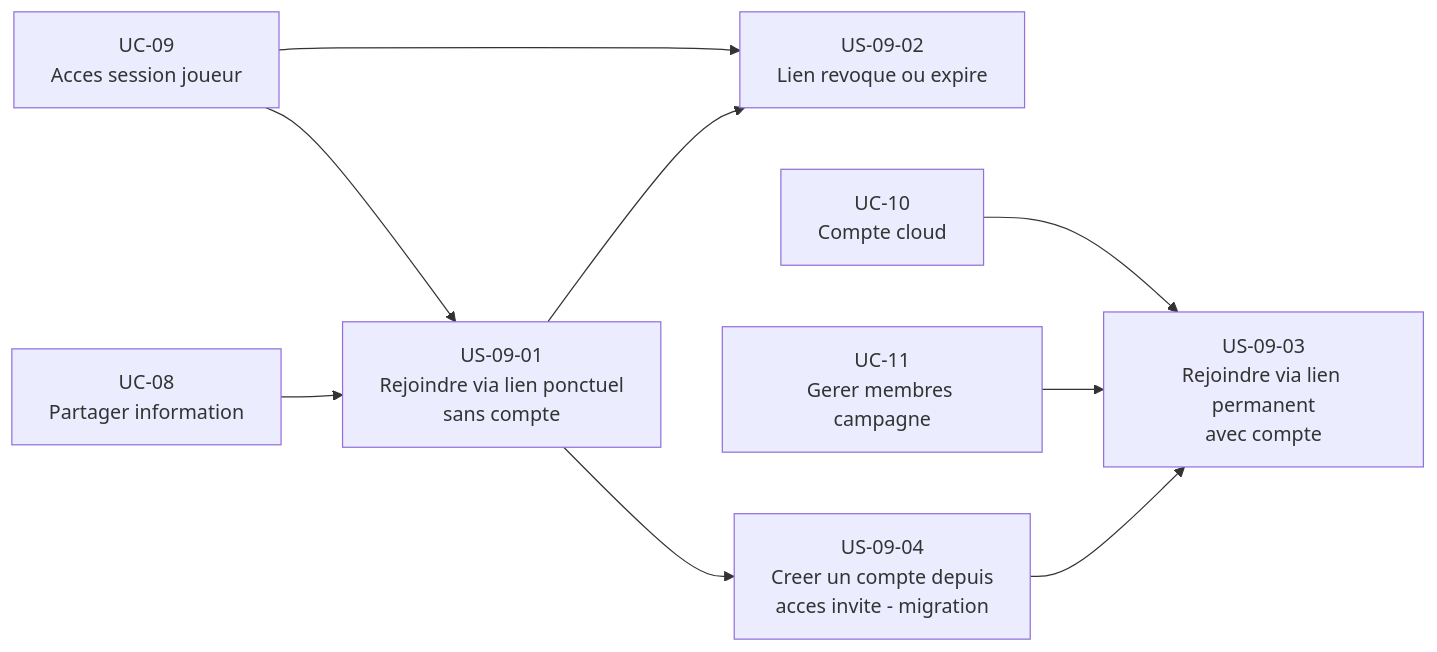
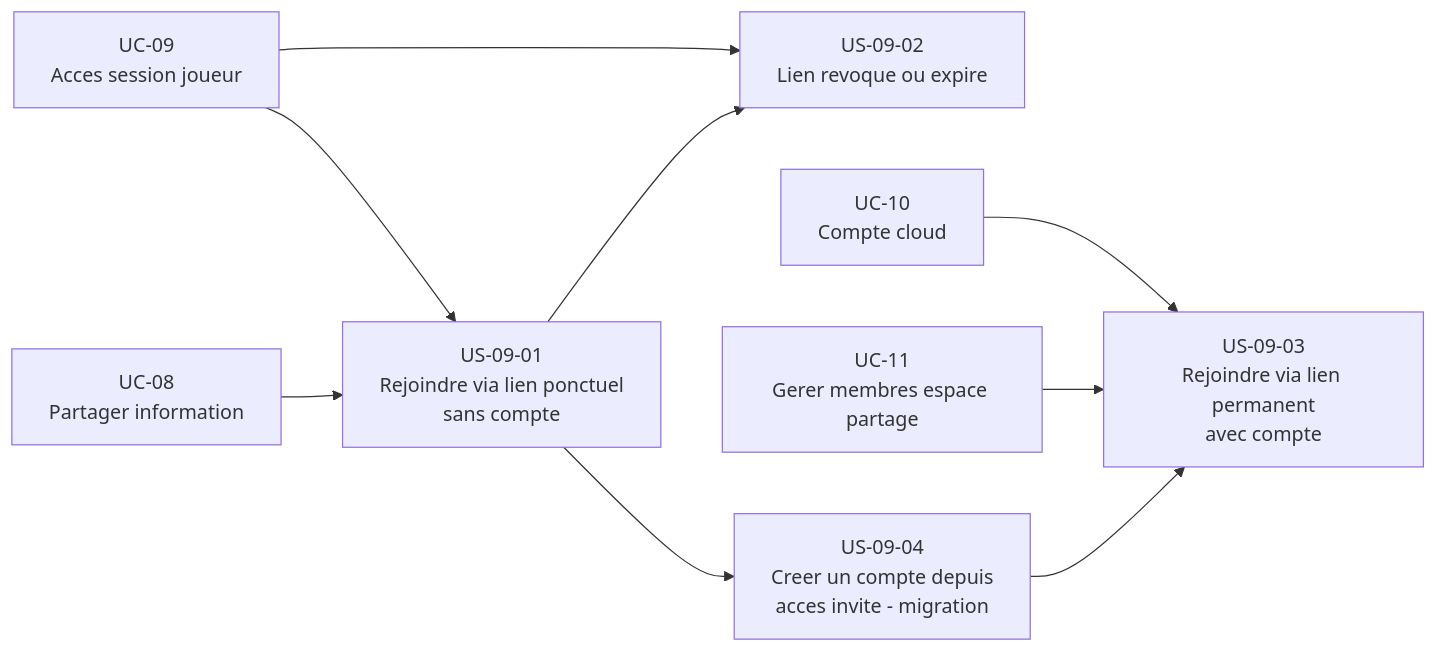
The second of 2 diagrams in docs/conception/besoin/user-stories/US-UC-09-acces-session-joueur.md (2025-10-CDA-ECO-P6/PM-micro-saas), drawn with Mermaid before and after one commit. The commit also changed other lines of this file and 140 other files, not shown here.

````diff
--- a/docs/conception/besoin/user-stories/US-UC-09-acces-session-joueur.md
+++ b/docs/conception/besoin/user-stories/US-UC-09-acces-session-joueur.md
@@ -83,21 +83,21 @@
 ```mermaid
 flowchart LR
     US0901[US-09-01\nRejoindre via lien ponctuel\nsans compte]
     US0902[US-09-02\nLien revoque ou expire]
     US0903[US-09-03\nRejoindre via lien permanent\navec compte]
     US0904[US-09-04\nCreer un compte depuis\nacces invite - migration]
 
     UC09[UC-09\nAcces session joueur]
     UC10[UC-10\nCompte cloud]
-    UC11[UC-11\nGerer membres campagne]
+    UC11[UC-11\nGerer membres espace partage]
     UC08[UC-08\nPartager information]
 
     UC09 --> US0901
     UC09 --> US0902
     UC10 --> US0903
     UC11 --> US0903
     US0901 --> US0902
     US0901 --> US0904
     US0904 --> US0903
     UC08 --> US0901
 ```
````
